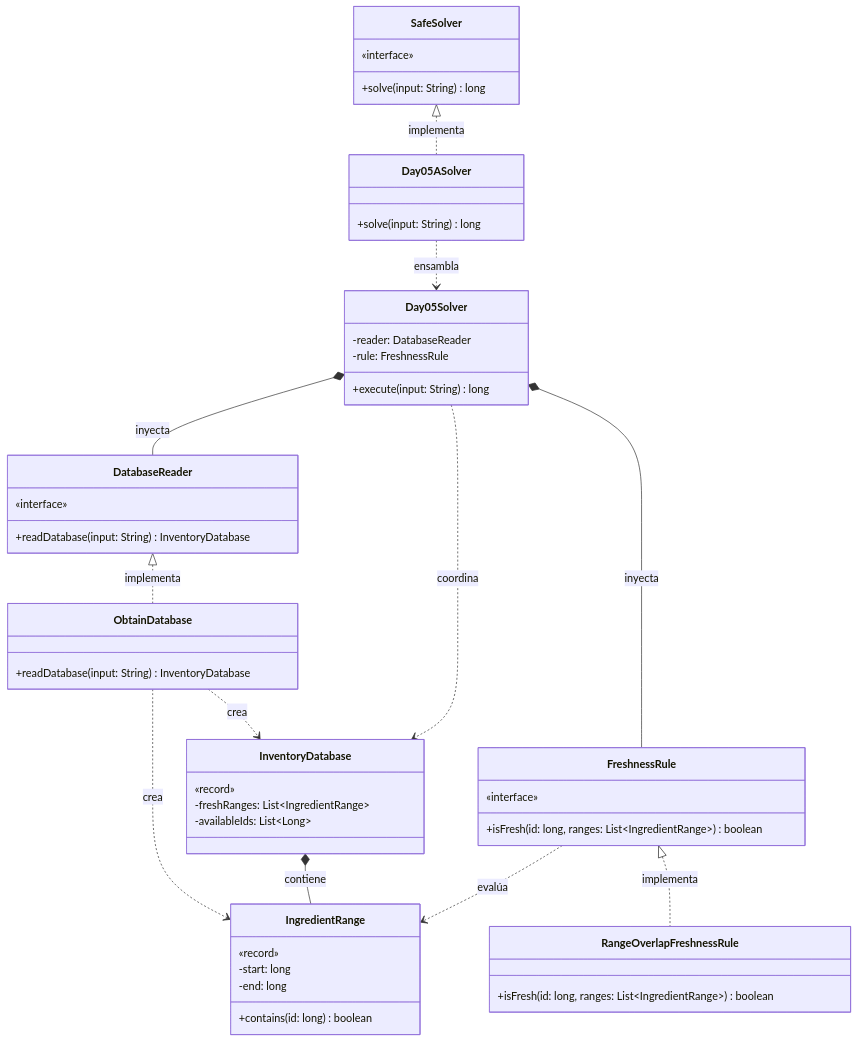
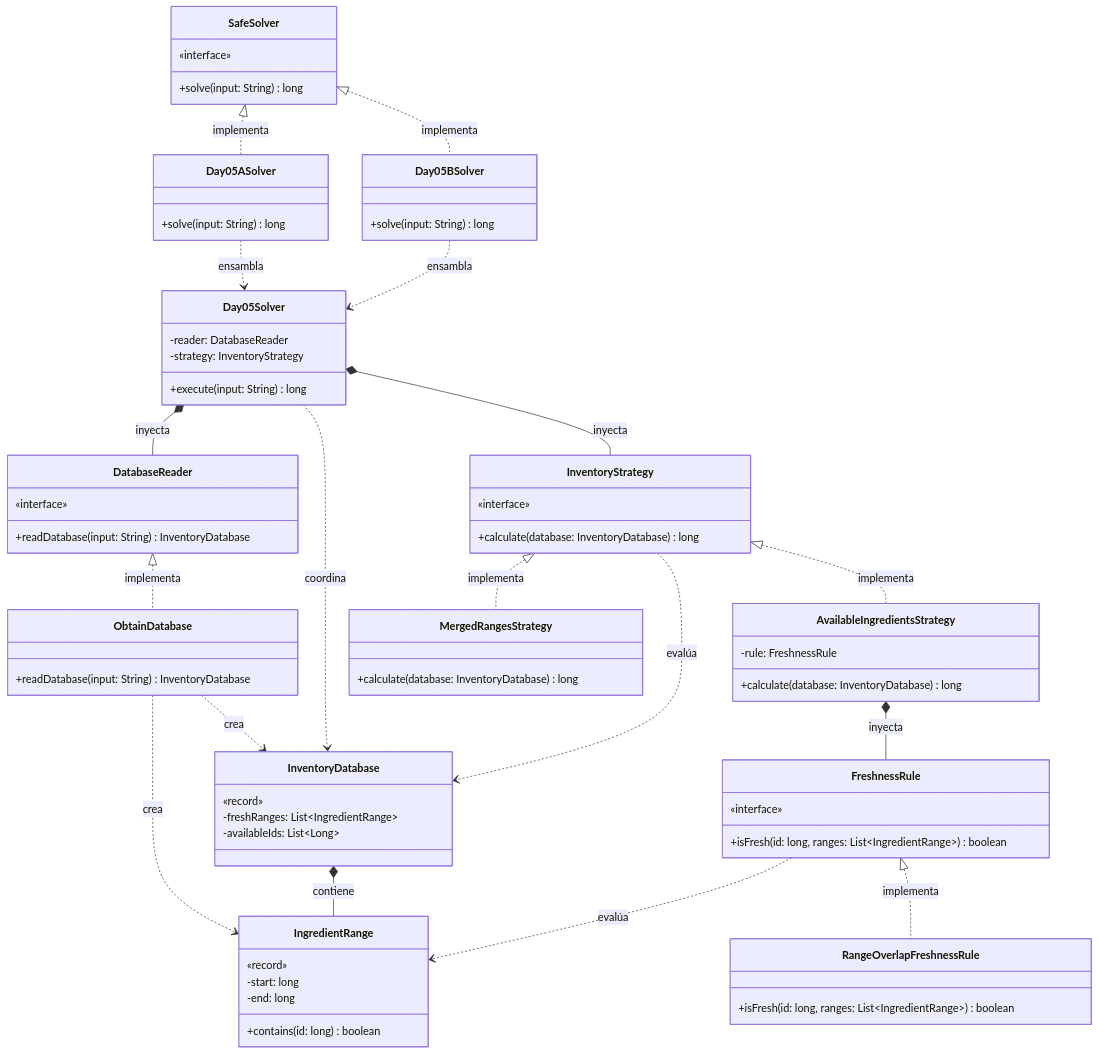
One commit to ivanperezdiaz829/AoC2025 changed the diagram in src/main/java/software/aoc/day05/README.md. Above: the diagram before and after it, drawn with Mermaid.

Commit message:
fix(README): Day05 Readme updated

````diff
--- a/src/main/java/software/aoc/day05/README.md
+++ b/src/main/java/software/aoc/day05/README.md
@@ -43,9 +43,13 @@
         +solve(input: String) long
     }
 
+    class Day05BSolver {
+        +solve(input: String) long
+    }
+
     class Day05Solver {
         -reader: DatabaseReader
-        -rule: FreshnessRule
+        -strategy: InventoryStrategy
         +execute(input: String) long
     }
 
@@ -71,6 +75,20 @@
         +readDatabase(input: String) InventoryDatabase
     }
 
+    class InventoryStrategy {
+        «interface»
+        +calculate(database: InventoryDatabase) long
+    }
+
+    class AvailableIngredientsStrategy {
+        -rule: FreshnessRule
+        +calculate(database: InventoryDatabase) long
+    }
+
+    class MergedRangesStrategy {
+        +calculate(database: InventoryDatabase) long
+    }
+
     class FreshnessRule {
         «interface»
         +isFresh(id: long, ranges: List~IngredientRange~) boolean
@@ -82,18 +100,24 @@
 
 %% Relaciones de Implementación
     SafeSolver <|.. Day05ASolver : implementa
+    SafeSolver <|.. Day05BSolver : implementa
     DatabaseReader <|.. ObtainDatabase : implementa
+    InventoryStrategy <|.. AvailableIngredientsStrategy : implementa
+    InventoryStrategy <|.. MergedRangesStrategy : implementa
     FreshnessRule <|.. RangeOverlapFreshnessRule : implementa
 
 %% Relaciones de Orquestación e Inyección
     Day05ASolver ..> Day05Solver : ensambla
+    Day05BSolver ..> Day05Solver : ensambla
     Day05Solver *-- DatabaseReader : inyecta
-    Day05Solver *-- FreshnessRule : inyecta
+    Day05Solver *-- InventoryStrategy : inyecta
+    AvailableIngredientsStrategy *-- FreshnessRule : inyecta
 
 %% Dependencias de Dominio
     ObtainDatabase ..> InventoryDatabase : crea
     ObtainDatabase ..> IngredientRange : crea
     InventoryDatabase *-- IngredientRange : contiene
     Day05Solver ..> InventoryDatabase : coordina
+    InventoryStrategy ..> InventoryDatabase : evalúa
     FreshnessRule ..> IngredientRange : evalúa
 ```
````
